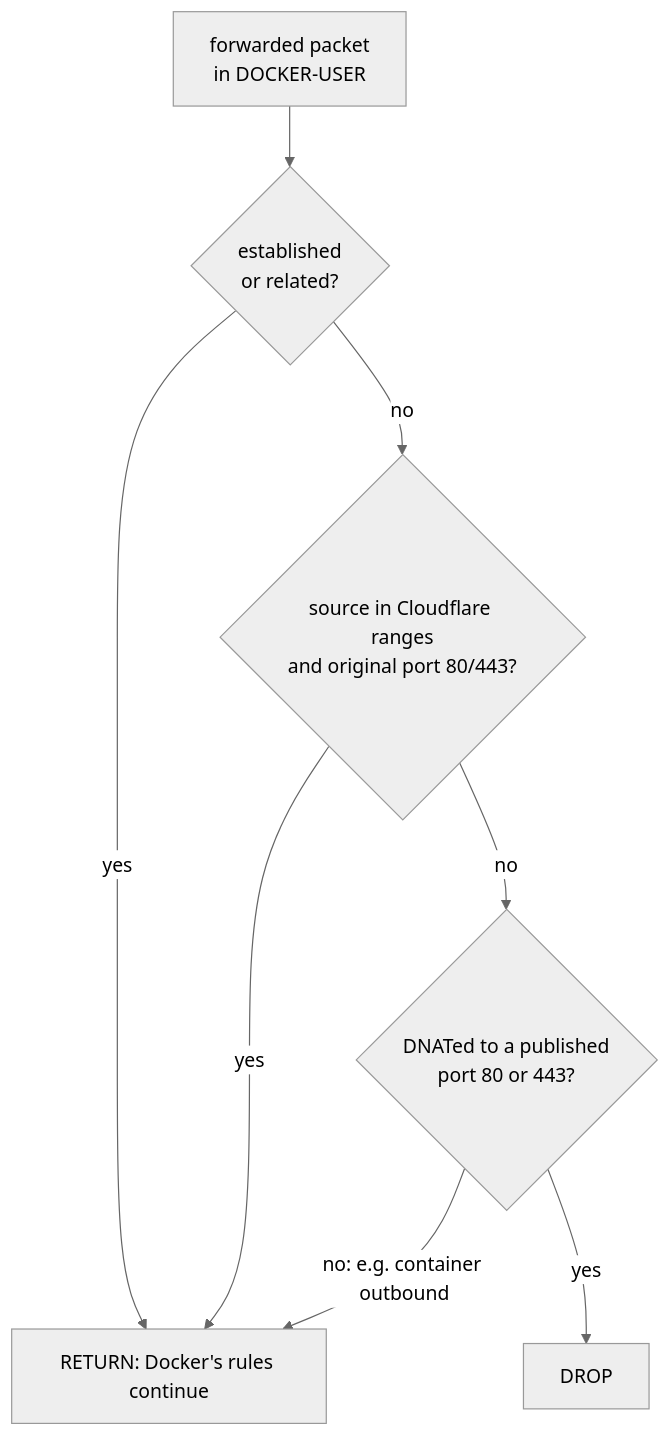
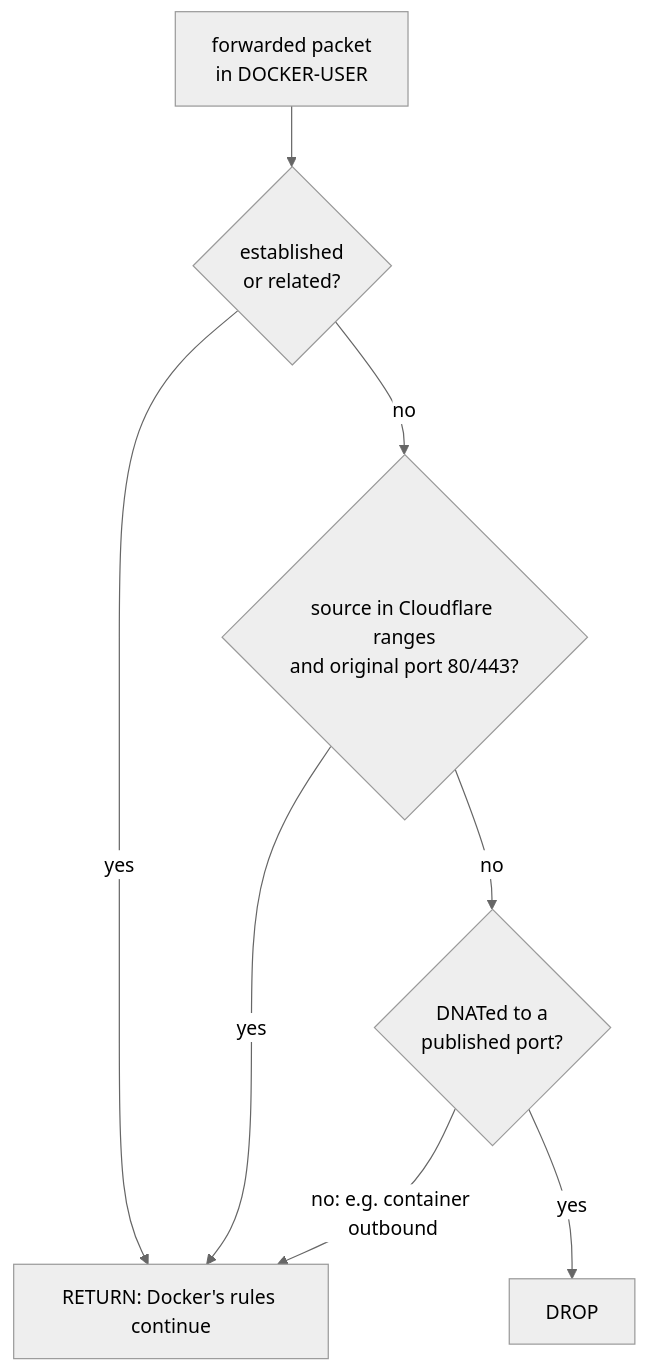
Before and after one commit to rijuma/hubbify: the fourth of 4 diagrams in docs/architecture.md, drawn with Mermaid (neutral theme). The commit also changed other lines of this file and 2 other files, not shown here.

Commit message:
feat: drop every published port on a Cloudflare-only server

````diff
--- a/docs/architecture.md
+++ b/docs/architecture.md
@@ -369,10 +373,10 @@
 ```mermaid
 flowchart TD
     pkt["forwarded packet<br/>in DOCKER-USER"] --> est{"established<br/>or related?"}
     est -->|"yes"| ret["RETURN: Docker's rules continue"]
     est -->|"no"| cfr{"source in Cloudflare ranges<br/>and original port 80/443?"}
     cfr -->|"yes"| ret
-    cfr -->|"no"| dnat{"DNATed to a published<br/>port 80 or 443?"}
+    cfr -->|"no"| dnat{"DNATed to a<br/>published port?"}
     dnat -->|"yes"| drop["DROP"]
     dnat -->|"no: e.g. container outbound"| ret
 ```
````
